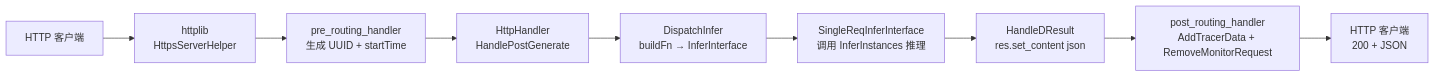
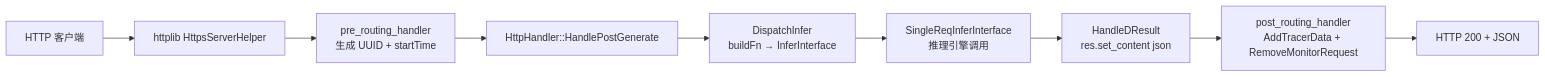
Before and after one commit to Lyr-GW/interview-docs: the third of 4 diagrams in docs/topics/http-server.md, drawn with Mermaid. The commit also changed other lines of this file and 19 other files, not shown here.

````diff
--- a/docs/topics/http-server.md
+++ b/docs/topics/http-server.md
@@ -160,14 +115,11 @@
 ```mermaid
 flowchart LR
-    Client1[HTTP 客户端]
-    HL[httplib<br/>HttpsServerHelper]
-    PreR[pre_routing_handler<br/>生成 UUID + startTime]
-    HH2[HttpHandler<br/>HandlePostGenerate]
-    DI[DispatchInfer<br/>buildFn → InferInterface]
-    SRI[SingleReqInferInterface<br/>调用 InferInstances 推理]
-    HDR[HandleDResult<br/>res.set_content json]
-    PostR[post_routing_handler<br/>AddTracerData + RemoveMonitorRequest]
-    Client2[HTTP 客户端<br/>200 + JSON]
-
-    Client1 --> HL --> PreR --> HH2 --> DI --> SRI --> HDR --> PostR --> Client2
+    Client[HTTP 客户端] --> HL[httplib HttpsServerHelper]
+    HL --> Pre[pre_routing_handler<br/>生成 UUID + startTime]
+    Pre --> HH[HttpHandler::HandlePostGenerate]
+    HH --> DI[DispatchInfer<br/>buildFn → InferInterface]
+    DI --> SRI[SingleReqInferInterface<br/>推理引擎调用]
+    SRI --> HDR[HandleDResult<br/>res.set_content json]
+    HDR --> Post[post_routing_handler<br/>AddTracerData + RemoveMonitorRequest]
+    Post --> Client2[HTTP 200 + JSON]
 ```
````
